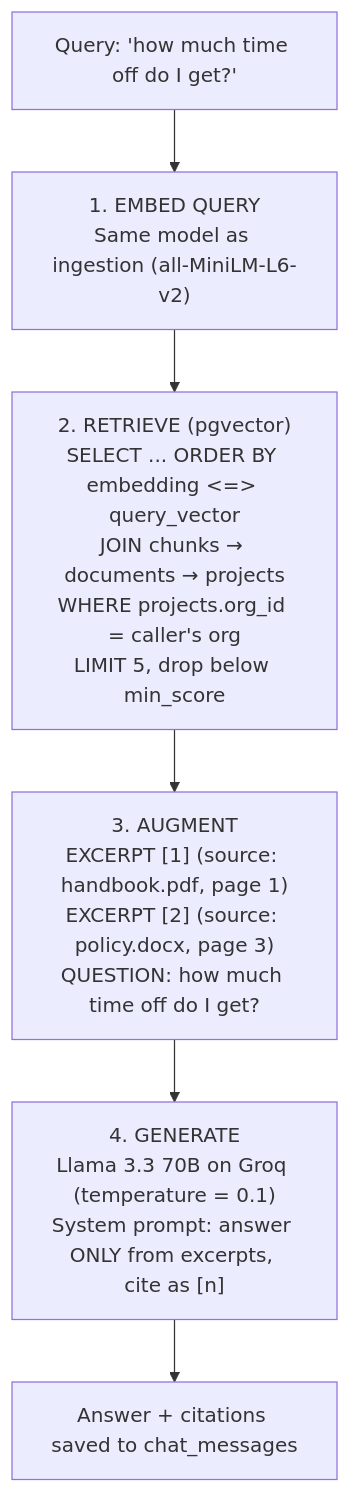
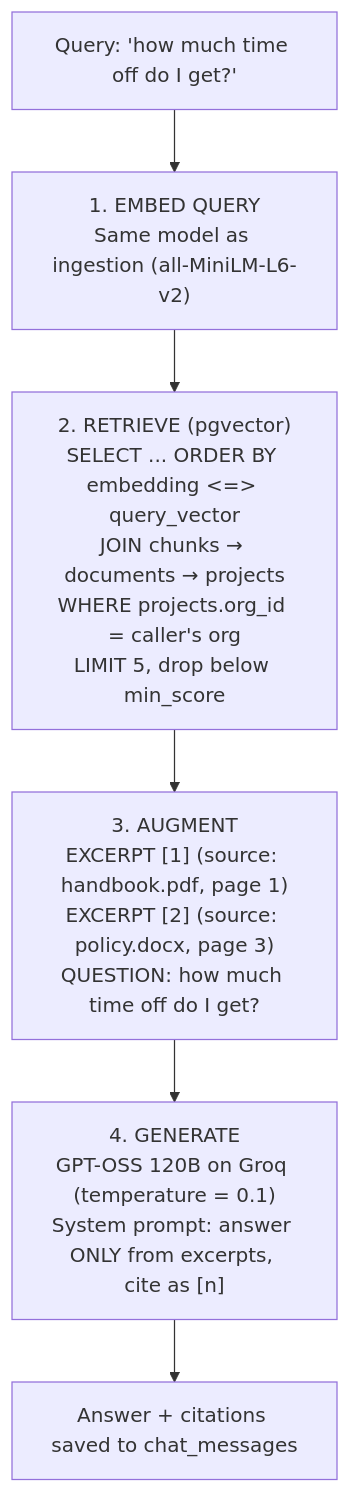
One commit to dhanoliya-ji/DOCMINDS changed the second of 3 diagrams in README.md. Above: the diagram before and after it, drawn with Mermaid. The commit also changed other lines of this file and 10 other files, not shown here.

First line of the commit message:
Replace the retired Groq model: llama-3.3-70b -> gpt-oss-120b

````diff
--- a/README.md
+++ b/README.md
@@ -155,8 +155,8 @@
 ```mermaid
 flowchart TD
     Q["Query: 'how much time off do I get?'"] --> EMBQ["1. EMBED QUERY<br/>Same model as ingestion (all-MiniLM-L6-v2)"]
     EMBQ --> RET["2. RETRIEVE (pgvector)<br/>SELECT ... ORDER BY embedding <=> query_vector<br/>JOIN chunks → documents → projects<br/>WHERE projects.org_id = caller's org<br/>LIMIT 5, drop below min_score"]
     RET --> AUG["3. AUGMENT<br/>EXCERPT [1] (source: handbook.pdf, page 1)<br/>EXCERPT [2] (source: policy.docx, page 3)<br/>QUESTION: how much time off do I get?"]
-    AUG --> GEN["4. GENERATE<br/>Llama 3.3 70B on Groq (temperature = 0.1)<br/>System prompt: answer ONLY from excerpts, cite as [n]"]
+    AUG --> GEN["4. GENERATE<br/>GPT-OSS 120B on Groq (temperature = 0.1)<br/>System prompt: answer ONLY from excerpts, cite as [n]"]
     GEN --> ANS["Answer + citations saved to chat_messages"]
 ```
````
